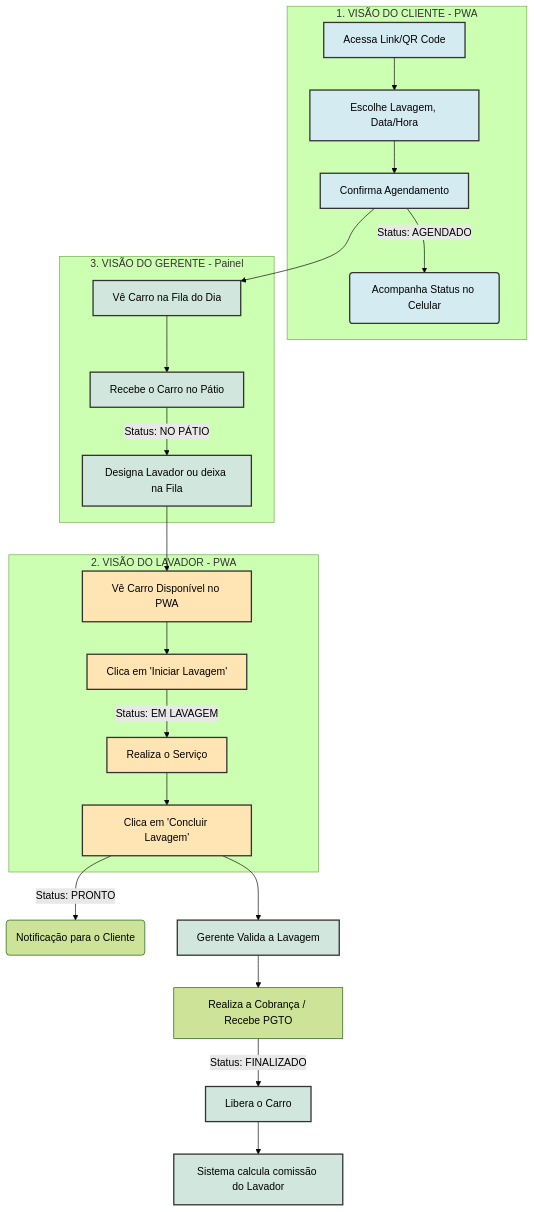
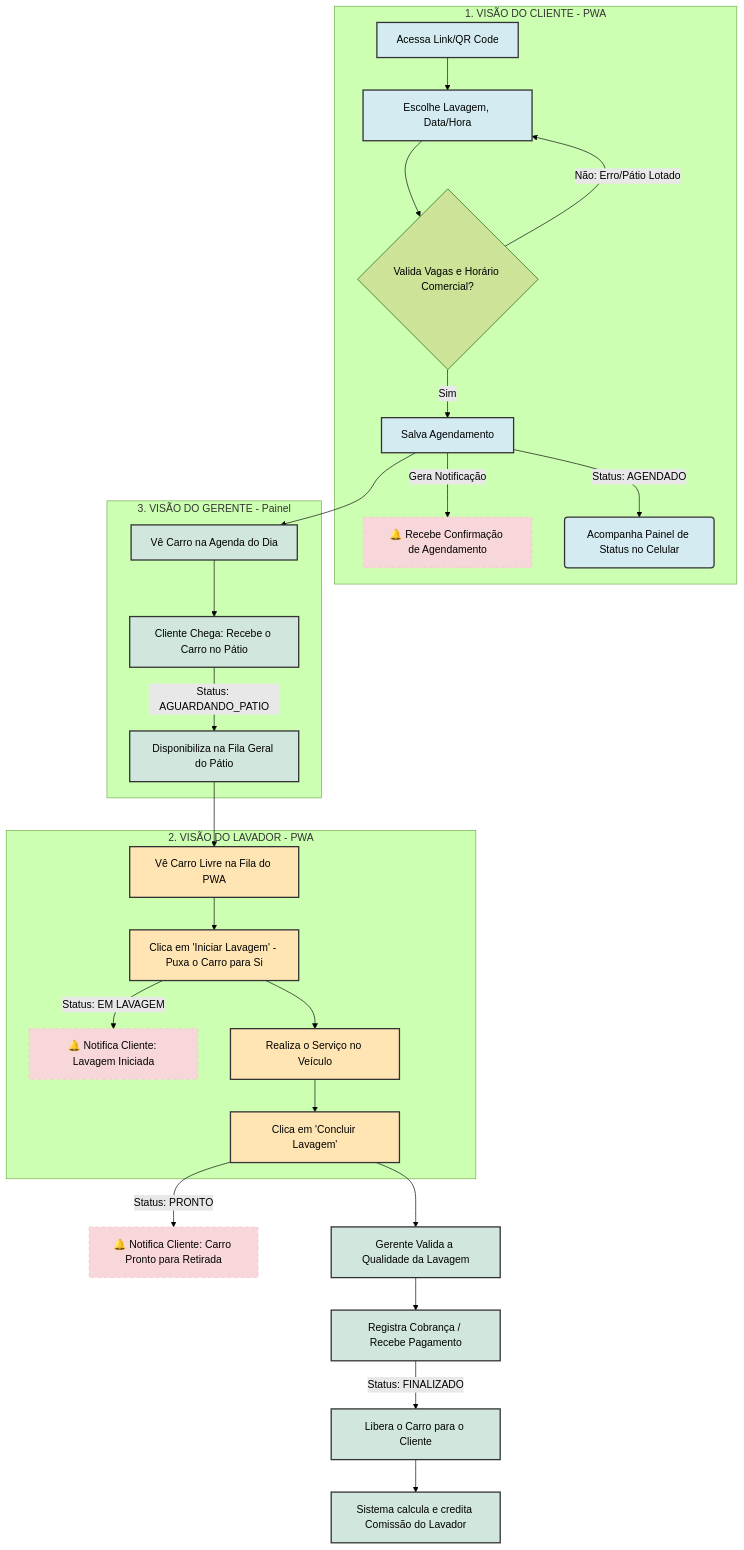
One commit to mayconaraujosantos/washflow-app changed the diagram in diagram-usecase-washflow-system.mermaid. Above: the diagram before and after it, drawn with Mermaid (forest theme).

Commit message:
docs: refine use case diagram with notifications and slot validation

```diff
--- a/diagram-usecase-washflow-system.mermaid
+++ b/diagram-usecase-washflow-system.mermaid
@@ -1,40 +1,48 @@
 graph TD
     %% Estilos
     classDef cliente fill:#d4ebf2,stroke:#333,stroke-width:2px;
     classDef lavador fill:#ffe5b4,stroke:#333,stroke-width:2px;
     classDef gerente fill:#d1e7dd,stroke:#333,stroke-width:2px;
-    classDef status fill:#f8d7da,stroke:#f5c2c7,stroke-width:1px,stroke-dasharray: 5 5;
+    classDef notificacao fill:#f8d7da,stroke:#f5c2c7,stroke-width:1px,stroke-dasharray: 5 5;
 
     %% Canal do Cliente
     subgraph C1 [1. VISÃO DO CLIENTE - PWA]
         A[Acessa Link/QR Code] --> B[Escolhe Lavagem, Data/Hora]
-        B --> C[Confirma Agendamento]
-        C -->|Status: AGENDADO| D(Acompanha Status no Celular)
+        B --> VALIDA{Valida Vagas e Horário Comercial?}
+        
+        VALIDA -->|Não: Erro/Pátio Lotado| B
+        VALIDA -->|Sim| C[Salva Agendamento]
+        
+        C -->|Gera Notificação| NOT1[🔔 Recebe Confirmação de Agendamento]
+        C -->|Status: AGENDADO| D(Acompanha Painel de Status no Celular)
     end
 
     %% Canal do Gerente (Entrada)
     subgraph G1 [3. VISÃO DO GERENTE - Painel]
-        C --> E[Vê Carro na Fila do Dia]
-        E --> F[Recebe o Carro no Pátio]
-        F -->|Status: NO PÁTIO| G[Designa Lavador ou deixa na Fila]
+        C --> E[Vê Carro na Agenda do Dia]
+        E --> F[Cliente Chega: Recebe o Carro no Pátio]
+        F -->|Status: AGUARDANDO_PATIO| G[Disponibiliza na Fila Geral do Pátio]
     end
 
     %% Canal do Lavador
     subgraph L1 [2. VISÃO DO LAVADOR - PWA]
-        G --> H[Vê Carro Disponível no PWA]
-        H --> I[Clica em 'Iniciar Lavagem']
-        I -->|Status: EM LAVAGEM| J[Realiza o Serviço]
+        G --> H[Vê Carro Livre na Fila do PWA]
+        H --> I[Clica em 'Iniciar Lavagem' - Puxa o Carro para Si]
+        
+        I -->|Status: EM LAVAGEM| NOT2[🔔 Notifica Cliente: Lavagem Iniciada]
+        I --> J[Realiza o Serviço no Veículo]
         J --> K[Clica em 'Concluir Lavagem']
     end
 
     %% Canal do Gerente / Cliente (Saída)
-    K -->|Status: PRONTO| L(Notificação para o Cliente)
-    K --> M[Gerente Valida a Lavagem]
-    M --> N[Realiza a Cobrança / Recebe PGTO]
-    N -->|Status: FINALIZADO| O[Libera o Carro]
-    O --> P[Sistema calcula comissão do Lavador]
+    K -->|Status: PRONTO| NOT3[🔔 Notifica Cliente: Carro Pronto para Retirada]
+    K --> M[Gerente Valida a Qualidade da Lavagem]
+    M --> N[Registra Cobrança / Recebe Pagamento]
+    N -->|Status: FINALIZADO| O[Libera o Carro para o Cliente]
+    O --> P[Sistema calcula e credita Comissão do Lavador]
 
     %% Aplicando Classes
     class A,B,C,D cliente;
     class H,I,J,K lavador;
-    class E,F,G,M,n,O,P gerente;
+    class E,F,G,M,N,O,P gerente;
+    class NOT1,NOT2,NOT3 notificacao;
```
